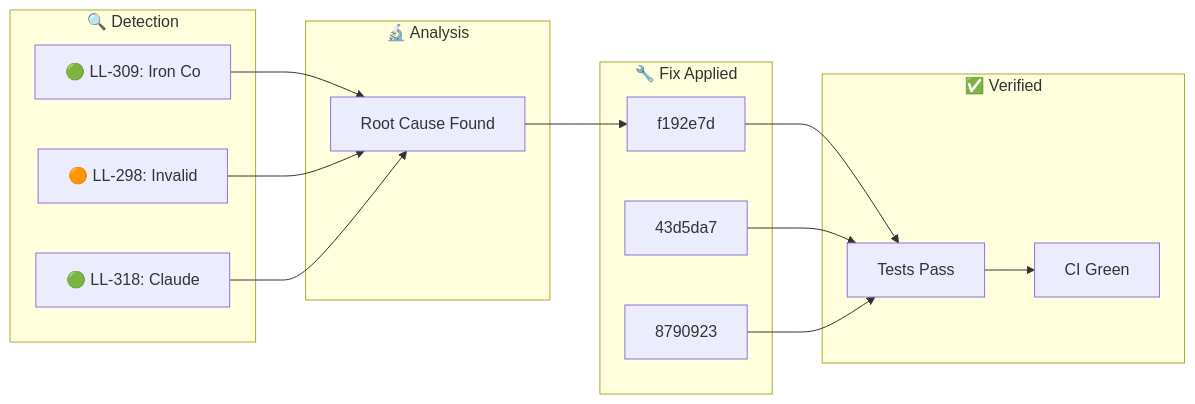
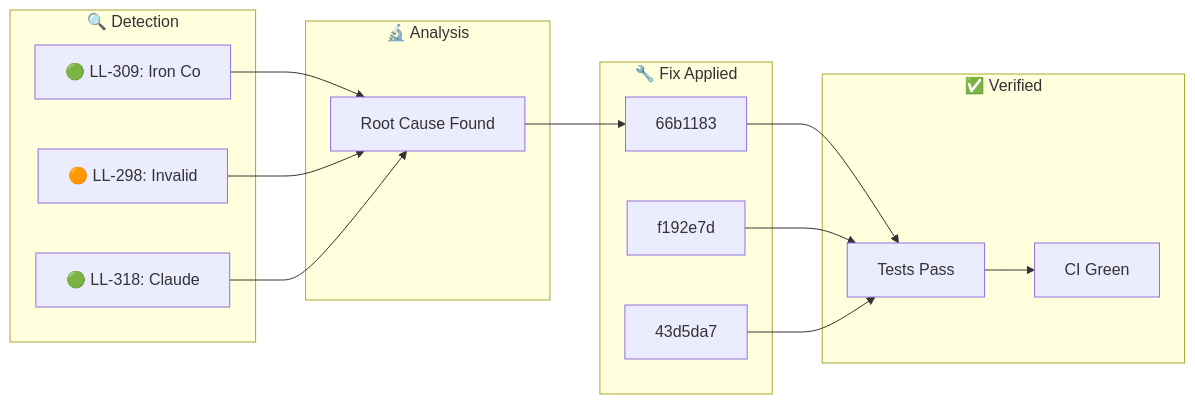
The diagram in docs/_posts/2026-01-29-ralph-discovery.md (YoByron/trading), drawn with Mermaid before and after one commit. The commit also changed other lines of this file, not shown here.

Commit message:
docs(ralph): Auto-publish discovery blog post

````diff
--- a/docs/_posts/2026-01-29-ralph-discovery.md
+++ b/docs/_posts/2026-01-29-ralph-discovery.md
@@ -17,28 +17,28 @@
 ```mermaid
 flowchart LR
     subgraph Detection["🔍 Detection"]
         D1["🟢 LL-309: Iron Co"]
         D2["🟠 LL-298: Invalid"]
         D3["🟢 LL-318: Claude "]
     end
     subgraph Analysis["🔬 Analysis"]
         A1["Root Cause Found"]
     end
     subgraph Fix["🔧 Fix Applied"]
-        F1["f192e7d"]
-        F2["43d5da7"]
-        F3["8790923"]
+        F1["66b1183"]
+        F2["f192e7d"]
+        F3["43d5da7"]
     end
     subgraph Verify["✅ Verified"]
         V1["Tests Pass"]
         V2["CI Green"]
     end
     D1 --> A1
     D2 --> A1
     D3 --> A1
     A1 --> F1
     F1 --> V1
     F2 --> V1
     F3 --> V1
     V1 --> V2
 ```
````
